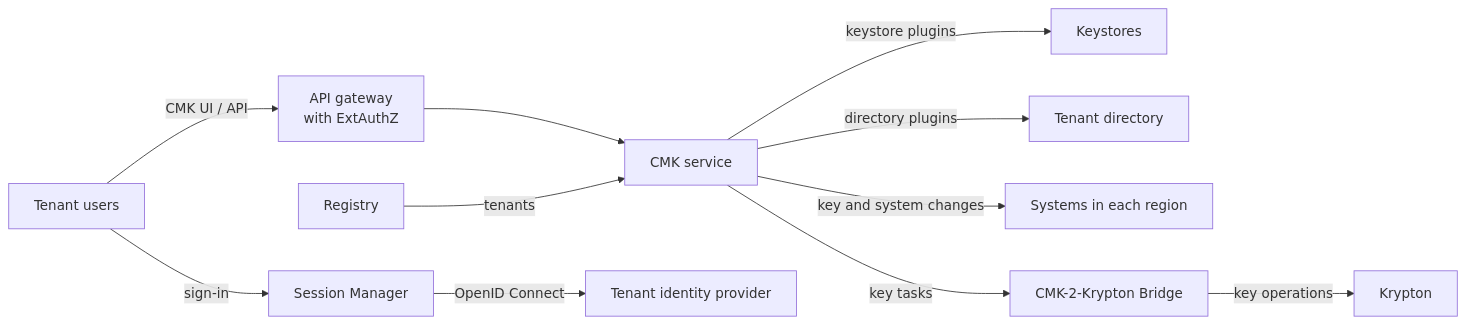
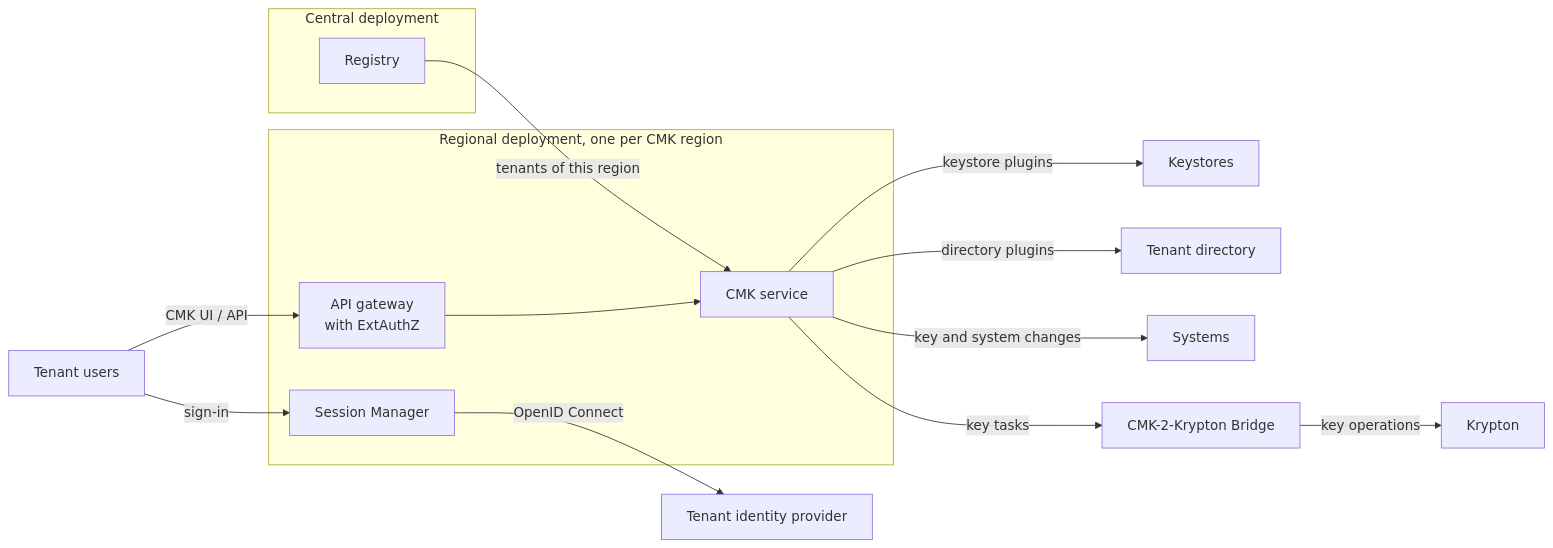
The diagram in docs/overview/cmk.md (openkcm/openkcm.github.io), drawn with Mermaid before and after one commit. The commit also changed other lines of this file and 29 other files, not shown here.

````diff
--- a/docs/overview/cmk.md
+++ b/docs/overview/cmk.md
@@ -55,13 +67,21 @@
 ```mermaid
 flowchart LR
-    U["Tenant users"] -- "CMK UI / API" --> GW["API gateway<br/>with ExtAuthZ"]
-    GW --> C["CMK service"]
-    U -- "sign-in" --> SM["Session Manager"]
+    subgraph Central["Central deployment"]
+        R["Registry"]
+    end
+    subgraph Regional["Regional deployment, one per CMK region"]
+        GW["API gateway<br/>with ExtAuthZ"]
+        C["CMK service"]
+        SM["Session Manager"]
+        GW --> C
+    end
+    U["Tenant users"] -- "CMK UI / API" --> GW
+    U -- "sign-in" --> SM
     SM -- "OpenID Connect" --> IdP["Tenant identity provider"]
     C -- "keystore plugins" --> KS["Keystores"]
     C -- "directory plugins" --> Dir["Tenant directory"]
-    R["Registry"] -- "tenants" --> C
-    C -- "key and system changes" --> S["Systems in each region"]
+    R -- "tenants of this region" --> C
+    C -- "key and system changes" --> S["Systems"]
     C -- "key tasks" --> BR["CMK-2-Krypton Bridge"]
     BR -- "key operations" --> KR["Krypton"]
 ```
````
